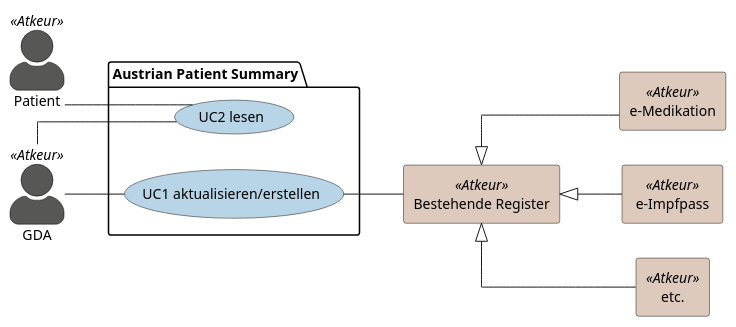
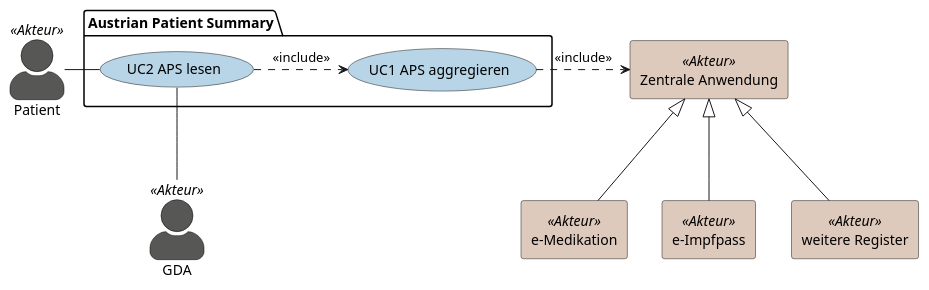
Before and after one commit to HL7Austria/ELGA-AustrianPatientSummary-R4: the diagram in input/images-source/aps-uml.plantuml, drawn with PlantUML. The commit also changed 2 other files, not shown here.

```diff
--- a/input/images-source/aps-uml.plantuml
+++ b/input/images-source/aps-uml.plantuml
@@ -1,52 +1,43 @@
 @startuml
-
-skinparam linetype ortho
 skinparam actorStyle awesome
 
-skinparam actor<<Atkeur>> {
+skinparam actor<<Akteur>> {
   BackgroundColor #575756
   BorderColor Black
 }
 
-skinparam rectangle<<Atkeur>> {
-  MinimumWidth 10000
+skinparam rectangle<<Akteur>> {
   BackgroundColor #decabd
-  ' BorderColor black
-  ' ArrowColor black
-  ' ActorBorderColor black
-  ' ActorFontName Courier
+  ActorFontName Courier
 }
 
 skinparam usecase {
   BackgroundColor #b8d5e8
-  ' BorderColor black
-  ' ArrowColor black
-  ' ActorBorderColor black
-  ' ActorFontName Courier
+  ActorFontName Courier
 }
 
-
-left to right direction
-actor Patient <<Atkeur>> as patient
-actor GDA <<Atkeur>> as gda
-rectangle "e-Medikation"<<Atkeur>> as reg_emed
-rectangle " e-Impfpass "<<Atkeur>> as reg_impf
-rectangle "    etc.    "<<Atkeur>> as reg_etc
-rectangle "Bestehende Register"<<Atkeur>> as reg_bestReg
+top to bottom direction
+actor Patient <<Akteur>> as patient
+actor GDA <<Akteur>> as gda
+rectangle "e-Medikation"<<Akteur>> as reg_emed
+rectangle "e-Impfpass"<<Akteur>> as reg_impf
+rectangle "weitere Register"<<Akteur>> as reg_etc
+rectangle "Zentrale Anwendung"<<Akteur>> as zentr_Anwendung
 
 package "Austrian Patient Summary" {
-  usecase "UC1 aktualisieren/erstellen" as UC1
-  usecase "UC2 lesen" as UC2
+  usecase "UC1 APS aggregieren" as UC1
+  usecase "UC2 APS lesen" as UC2
 }
 
-patient -- UC2
-gda -- UC2
-gda -- UC1
+:patient: -right- UC2
+:gda: -up- UC2
+:UC2: .> UC1 : <<include>>
+UC1 .> zentr_Anwendung : <<include>>
 
-UC1 -- reg_bestReg
-reg_bestReg <|-down- reg_emed
-reg_bestReg <|-down- reg_impf
-reg_bestReg <|-down- reg_etc
+zentr_Anwendung <|-down- reg_emed
+zentr_Anwendung <|-down- reg_impf
+zentr_Anwendung <|-down- reg_etc
+
 
 
 @enduml
```
